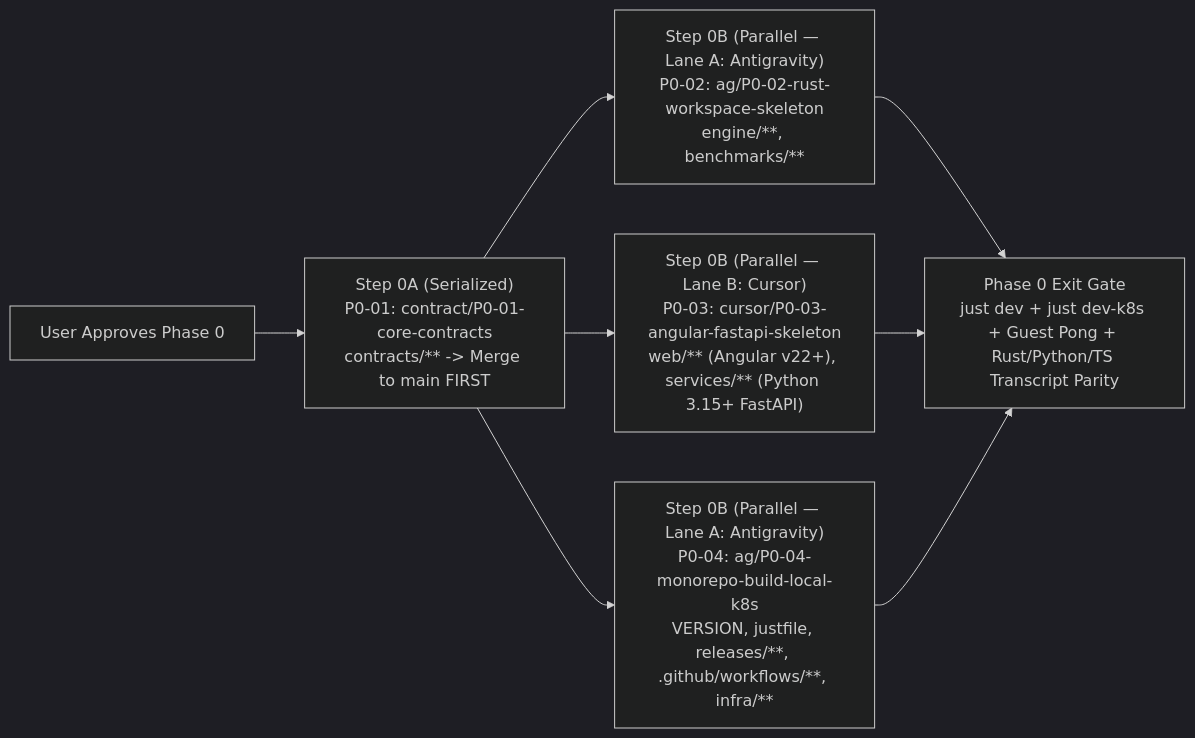
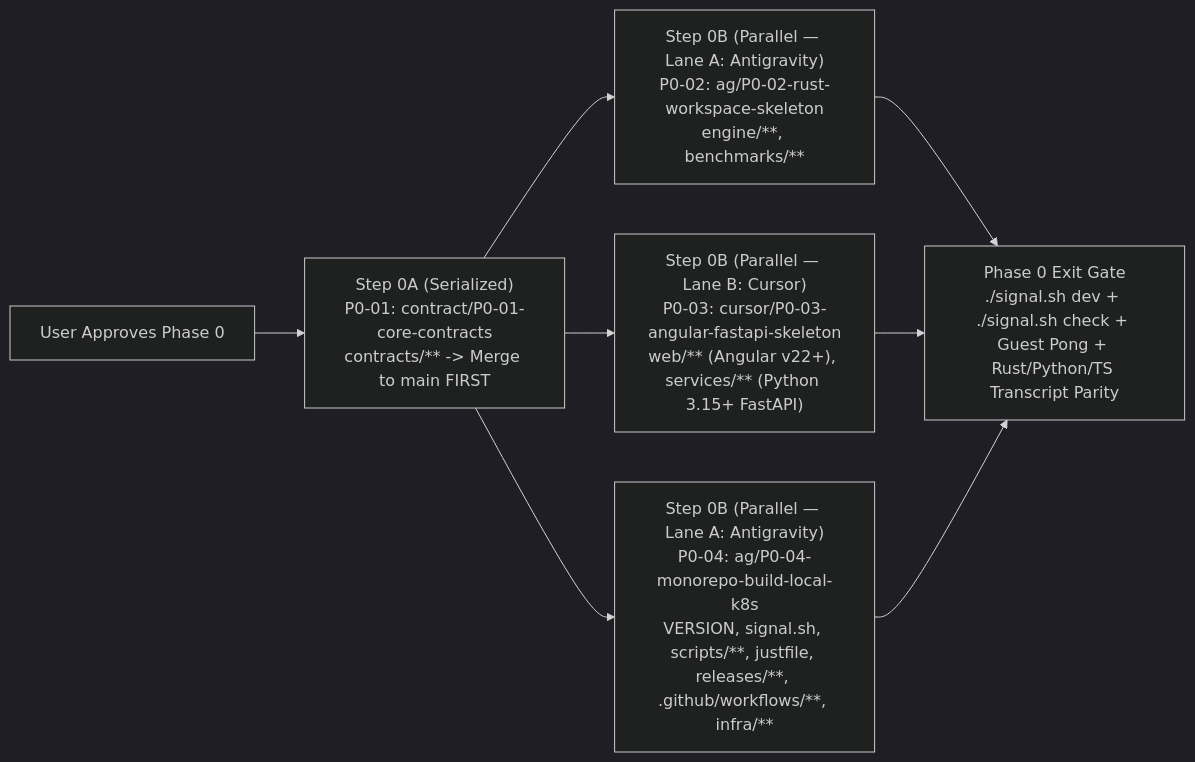
Before and after one commit to the-code-master/signal: the diagram in docs/engineering/PHASE0_LAUNCH_PLAYBOOK.md, drawn with Mermaid (dark theme). The commit also changed other lines of this file and 14 other files, not shown here.

Commit message:
docs: add unified ./signal.sh + stdlib Python scripts/signal_ops.py common build, CI/CD, release & deploy CLI

````diff
--- a/docs/engineering/PHASE0_LAUNCH_PLAYBOOK.md
+++ b/docs/engineering/PHASE0_LAUNCH_PLAYBOOK.md
@@ -20,10 +20,10 @@
 ```mermaid
 flowchart LR
     Gate["User Approves Phase 0"] --> P01["Step 0A (Serialized)\nP0-01: contract/P0-01-core-contracts\ncontracts/** -> Merge to main FIRST"]
     P01 --> P02["Step 0B (Parallel — Lane A: Antigravity)\nP0-02: ag/P0-02-rust-workspace-skeleton\nengine/**, benchmarks/**"]
     P01 --> P03["Step 0B (Parallel — Lane B: Cursor)\nP0-03: cursor/P0-03-angular-fastapi-skeleton\nweb/** (Angular v22+), services/** (Python 3.15+ FastAPI)"]
-    P01 --> P04["Step 0B (Parallel — Lane A: Antigravity)\nP0-04: ag/P0-04-monorepo-build-local-k8s\nVERSION, justfile, releases/**, .github/workflows/**, infra/**"]
-    P02 --> Verify["Phase 0 Exit Gate\njust dev + just dev-k8s + Guest Pong + Rust/Python/TS Transcript Parity"]
+    P01 --> P04["Step 0B (Parallel — Lane A: Antigravity)\nP0-04: ag/P0-04-monorepo-build-local-k8s\nVERSION, signal.sh, scripts/**, justfile, releases/**, .github/workflows/**, infra/**"]
+    P02 --> Verify["Phase 0 Exit Gate\n./signal.sh dev + ./signal.sh check + Guest Pong + Rust/Python/TS Transcript Parity"]
     P03 --> Verify
     P04 --> Verify
 ```
````
